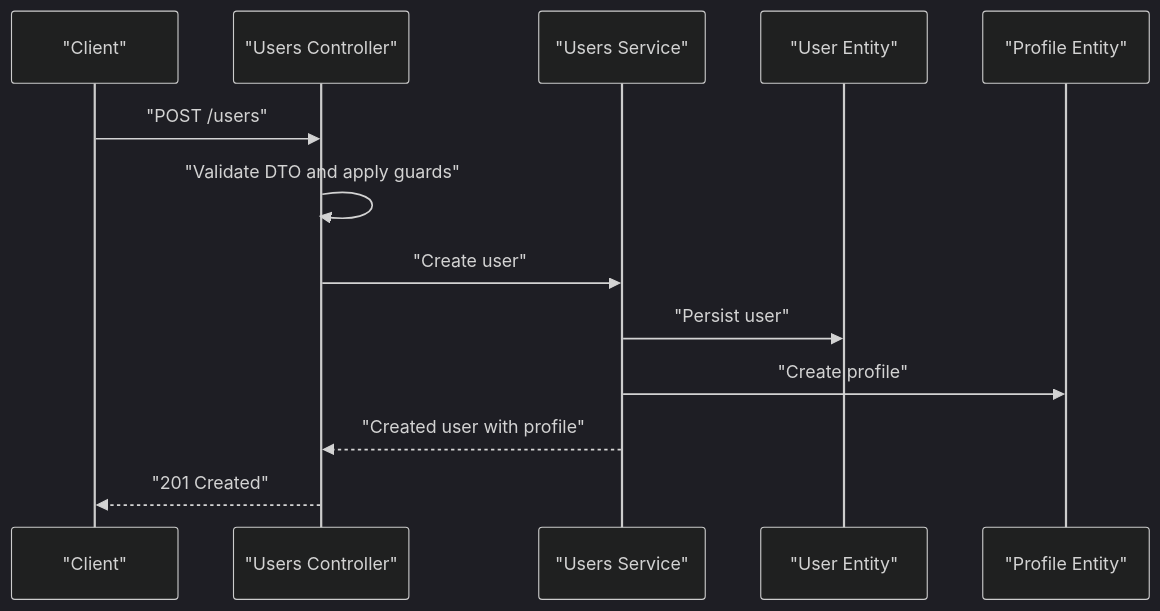
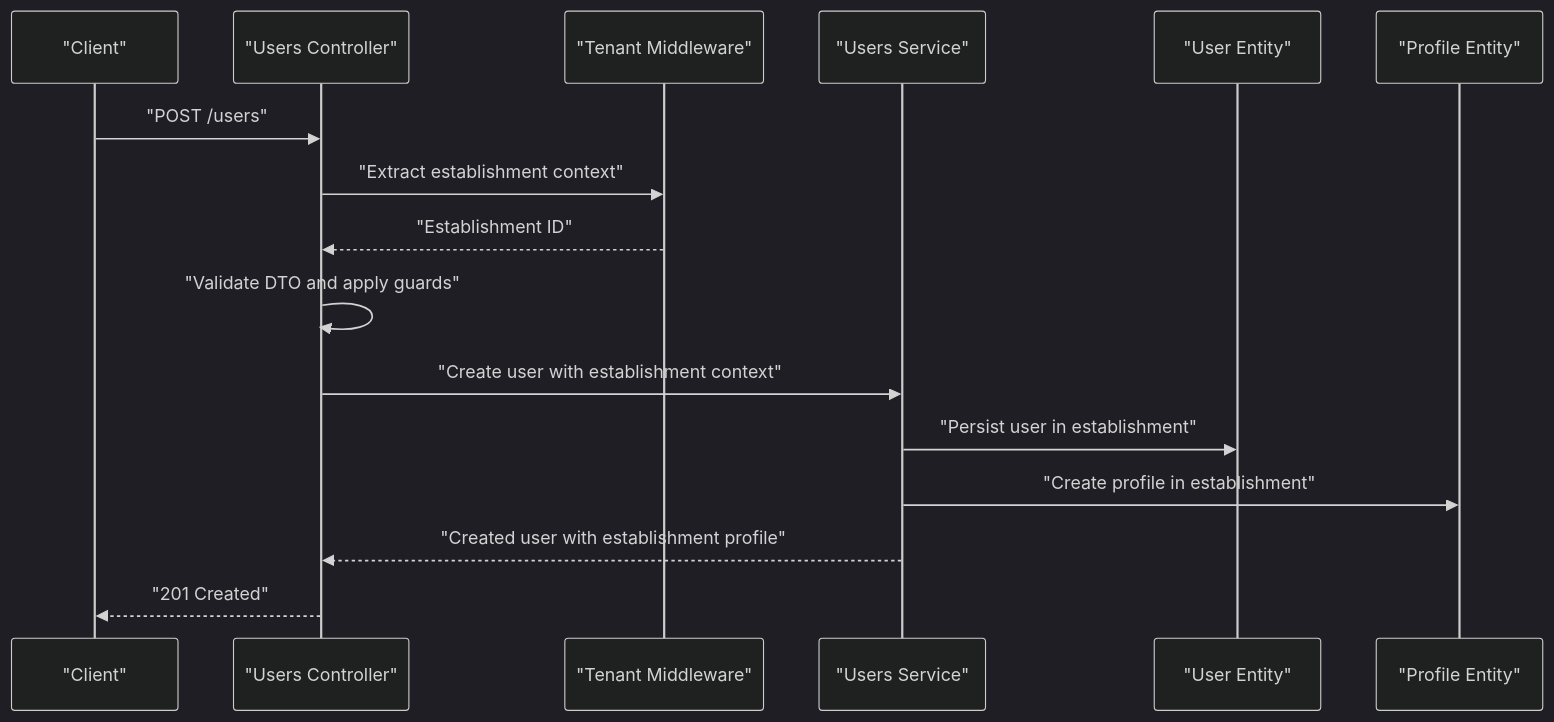
The fourth of 7 diagrams in .qoder/repowiki/en/content/Backend API Documentation/User Management API.md (franckylab/eLISAschool), drawn with Mermaid (dark theme) before and after one commit. The commit also changed other lines of this file and 126 other files, not shown here.

````diff
--- a/.qoder/repowiki/en/content/Backend API Documentation/User Management API.md
+++ b/.qoder/repowiki/en/content/Backend API Documentation/User Management API.md
@@ -319,15 +419,18 @@
 ```mermaid
 sequenceDiagram
 participant Client as "Client"
 participant Controller as "Users Controller"
+participant TenantM as "Tenant Middleware"
 participant Service as "Users Service"
 participant UserE as "User Entity"
 participant ProfE as "Profile Entity"
 Client->>Controller : "POST /users"
+Controller->>TenantM : "Extract establishment context"
+TenantM-->>Controller : "Establishment ID"
 Controller->>Controller : "Validate DTO and apply guards"
-Controller->>Service : "Create user"
-Service->>UserE : "Persist user"
-Service->>ProfE : "Create profile"
-Service-->>Controller : "Created user with profile"
+Controller->>Service : "Create user with establishment context"
+Service->>UserE : "Persist user in establishment"
+Service->>ProfE : "Create profile in establishment"
+Service-->>Controller : "Created user with establishment profile"
 Controller-->>Client : "201 Created"
 ```
````
